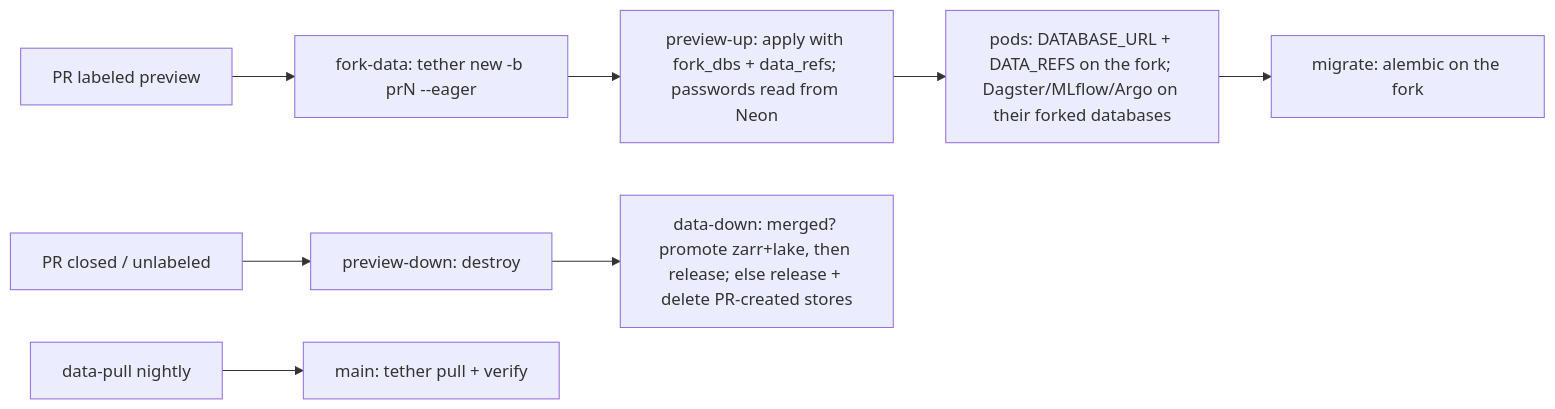
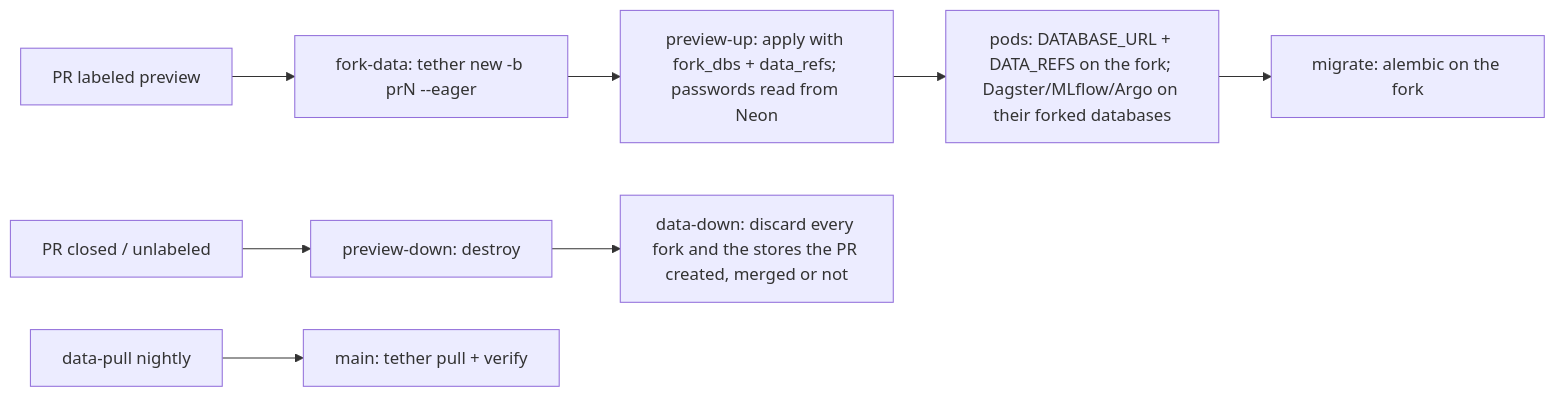
The second of 2 diagrams in README.md (Rosebud-Biosciences/lab-platform-template-app), drawn with Mermaid before and after one commit. The commit also changed other lines of this file and 4 other files, not shown here.

Commit message:
tether-down: discard every preview fork, merged or not; prod recomputes with the merged code

````diff
--- a/README.md
+++ b/README.md
@@ -376,10 +376,10 @@
 ```mermaid
 flowchart LR
   Label[PR labeled preview] --> Fork[fork-data: tether new -b prN --eager]
   Fork --> Up[preview-up: apply with fork_dbs + data_refs; passwords read from Neon]
   Up --> Pods[pods: DATABASE_URL + DATA_REFS on the fork; Dagster/MLflow/Argo on their forked databases]
   Pods --> Migrate[migrate: alembic on the fork]
   Close[PR closed / unlabeled] --> Destroy[preview-down: destroy]
-  Destroy --> DataDown[data-down: merged? promote zarr+lake, then release; else release + delete PR-created stores]
+  Destroy --> DataDown[data-down: discard every fork and the stores the PR created, merged or not]
   Nightly[data-pull nightly] --> Main[main: tether pull + verify]
 ```
````
